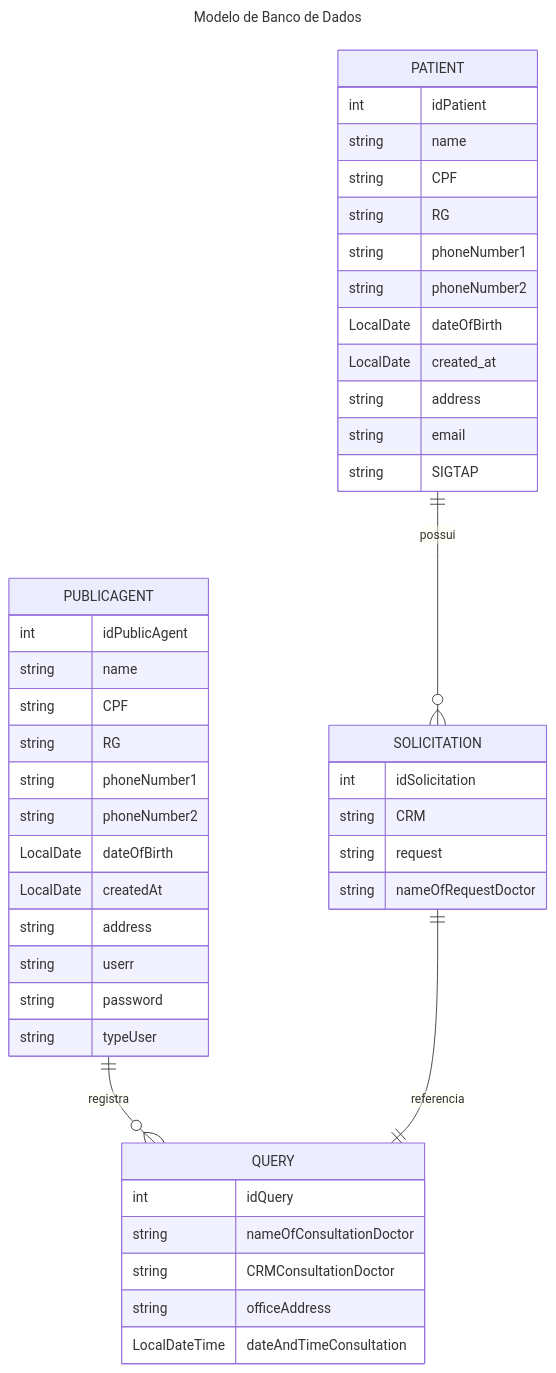
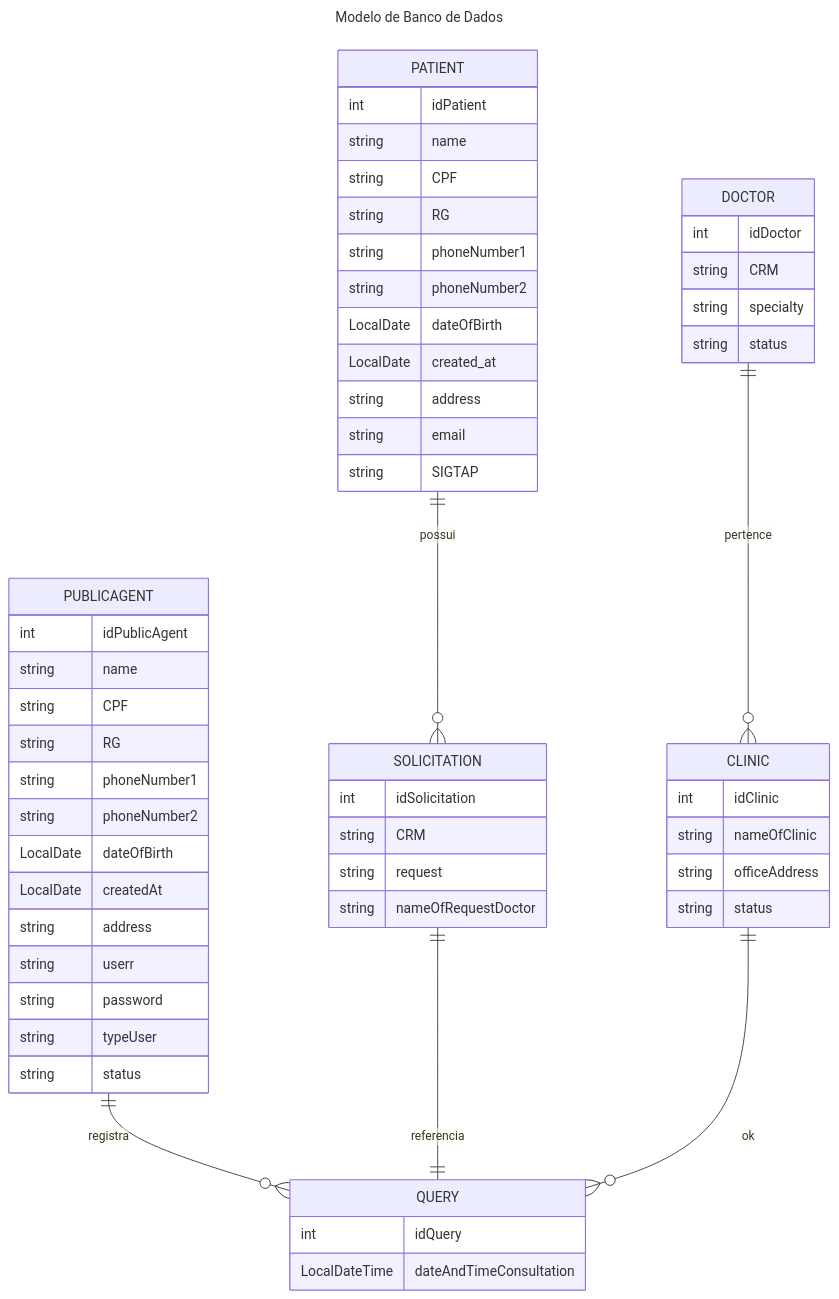
The second of 2 diagrams in README.md (FelipeMareira/oxe_marquei_lp2), drawn with Mermaid before and after one commit. The commit also changed other lines of this file and 4 other files, not shown here.

````diff
--- a/README.md
+++ b/README.md
@@ -138,51 +151,66 @@
 ```mermaid
 ---
     title: Modelo de Banco de Dados
 ---
 erDiagram 
 
     PUBLICAGENT ||--o{ QUERY : "registra"
     PUBLICAGENT {
         int idPublicAgent
         string name
         string CPF
         string RG
         string phoneNumber1
         string phoneNumber2
         LocalDate dateOfBirth
         LocalDate createdAt
         string address
         string userr
         string password
         string typeUser
+        string status
     }
     
     PATIENT ||--o{ SOLICITATION : "possui"
     PATIENT {
         int idPatient
         string name
         string CPF
         string RG
         string phoneNumber1
         string phoneNumber2
         LocalDate dateOfBirth
         LocalDate created_at
         string address
         string email
         string SIGTAP
     }
     SOLICITATION ||--|| QUERY: "referencia"
     SOLICITATION {
         int idSolicitation
         string CRM
         string request
         string nameOfRequestDoctor
     }
+    
+    DOCTOR ||--o{ CLINIC : "pertence"
+    DOCTOR {
+        int idDoctor
+        string CRM
+        string specialty
+        string status
+    }
+
+    CLINIC ||--o{ QUERY: "ok"
+    CLINIC {
+        int idClinic
+        string nameOfClinic
+        string officeAddress
+        string status
+    }
+
     QUERY {
         int idQuery
-        string nameOfConsultationDoctor
-        string CRMConsultationDoctor
-        string officeAddress
         LocalDateTime dateAndTimeConsultation
     }
 ```
````
